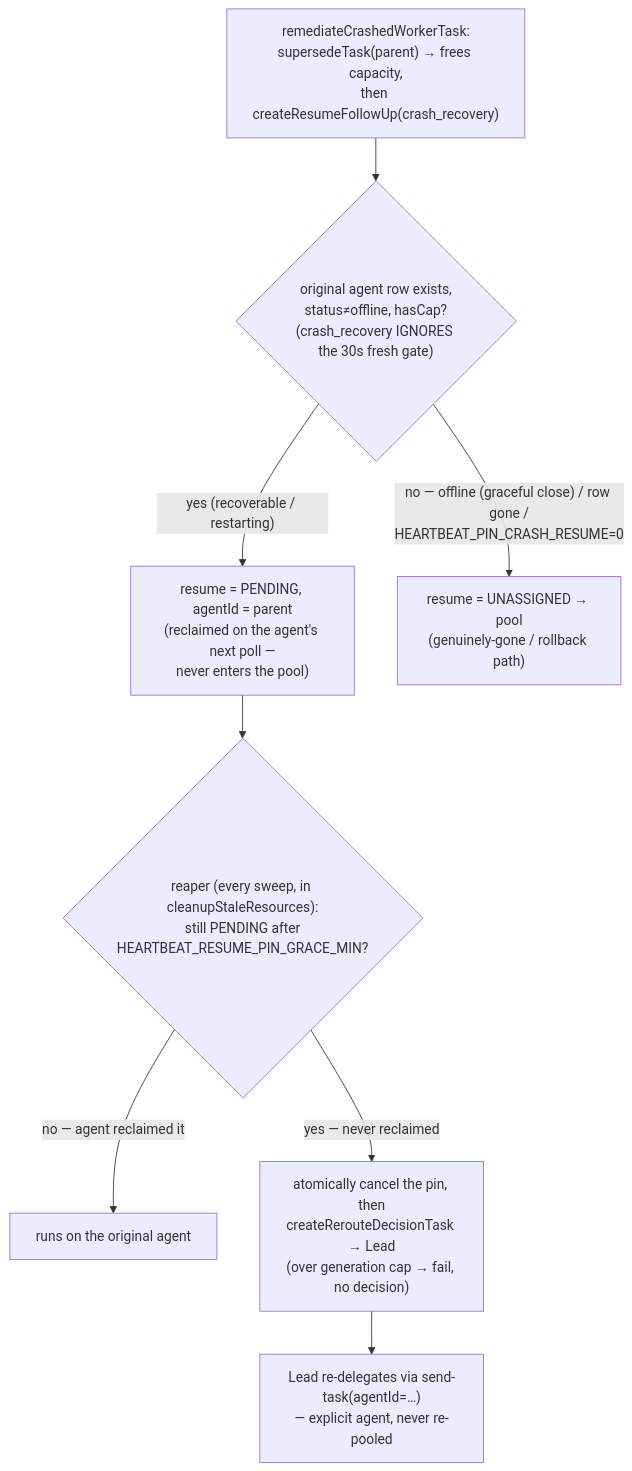
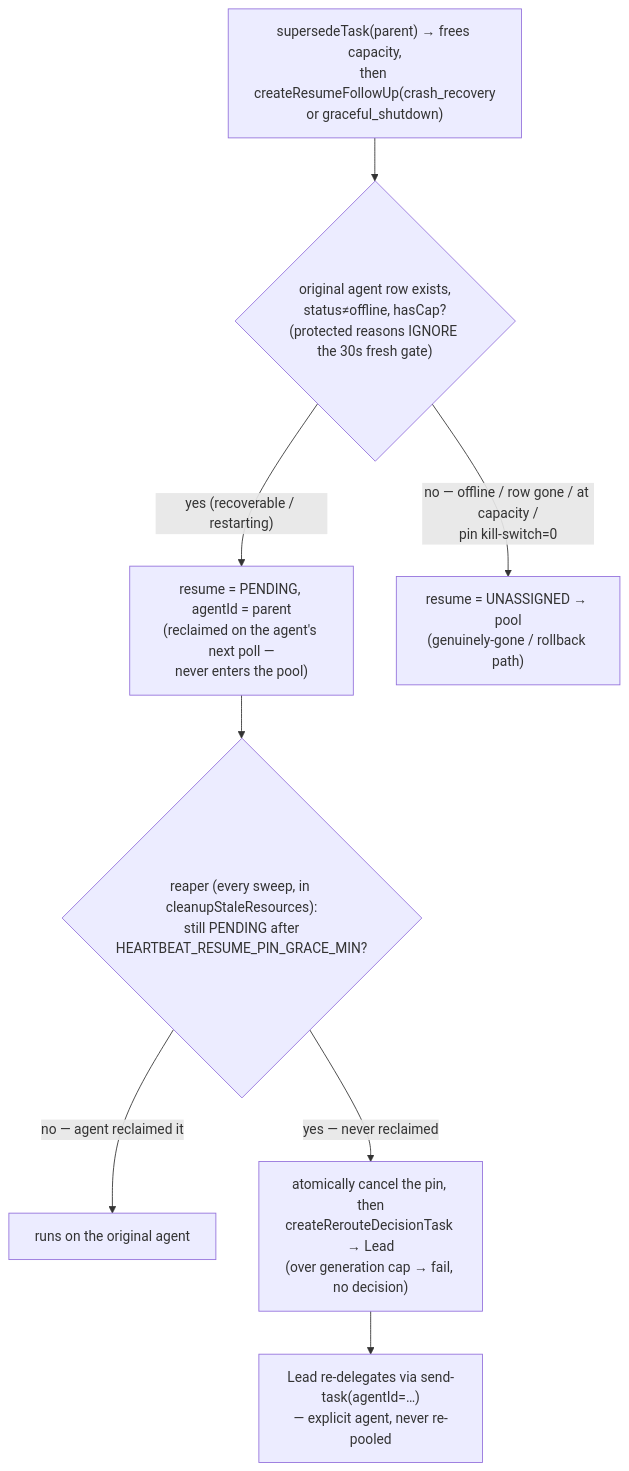
One commit to desplega-ai/agent-swarm changed the third of 3 diagrams in runbooks/heartbeat-crash-recovery.md. Above: the diagram before and after it, drawn with Mermaid. The commit also changed other lines of this file and 4 other files, not shown here.

Commit message:
feat(heartbeat): pin graceful shutdown resumes

````diff
--- a/runbooks/heartbeat-crash-recovery.md
+++ b/runbooks/heartbeat-crash-recovery.md
@@ -45,11 +45,11 @@
 ```mermaid
 flowchart TD
-  entry["remediateCrashedWorkerTask:<br/>supersedeTask(parent) → frees capacity,<br/>then createResumeFollowUp(crash_recovery)"]
-  entry --> gate{"original agent row exists,<br/>status≠offline, hasCap?<br/>(crash_recovery IGNORES the 30s fresh gate)"}
+  entry["supersedeTask(parent) → frees capacity,<br/>then createResumeFollowUp(crash_recovery<br/>or graceful_shutdown)"]
+  entry --> gate{"original agent row exists,<br/>status≠offline, hasCap?<br/>(protected reasons IGNORE the 30s fresh gate)"}
   gate -->|"yes (recoverable / restarting)"| pin["resume = PENDING, agentId = parent<br/>(reclaimed on the agent's next poll —<br/>never enters the pool)"]
-  gate -->|"no — offline (graceful close) / row gone /<br/>HEARTBEAT_PIN_CRASH_RESUME=0"| pool["resume = UNASSIGNED → pool<br/>(genuinely-gone / rollback path)"]
+  gate -->|"no — offline / row gone / at capacity /<br/>pin kill-switch=0"| pool["resume = UNASSIGNED → pool<br/>(genuinely-gone / rollback path)"]
   pin --> reap{"reaper (every sweep, in cleanupStaleResources):<br/>still PENDING after<br/>HEARTBEAT_RESUME_PIN_GRACE_MIN?"}
   reap -->|"no — agent reclaimed it"| ok["runs on the original agent"]
   reap -->|"yes — never reclaimed"| esc["atomically cancel the pin, then<br/>createRerouteDecisionTask → Lead<br/>(over generation cap → fail, no decision)"]
   esc --> lead["Lead re-delegates via send-task(agentId=…)<br/>— explicit agent, never re-pooled"]
 ```
````
